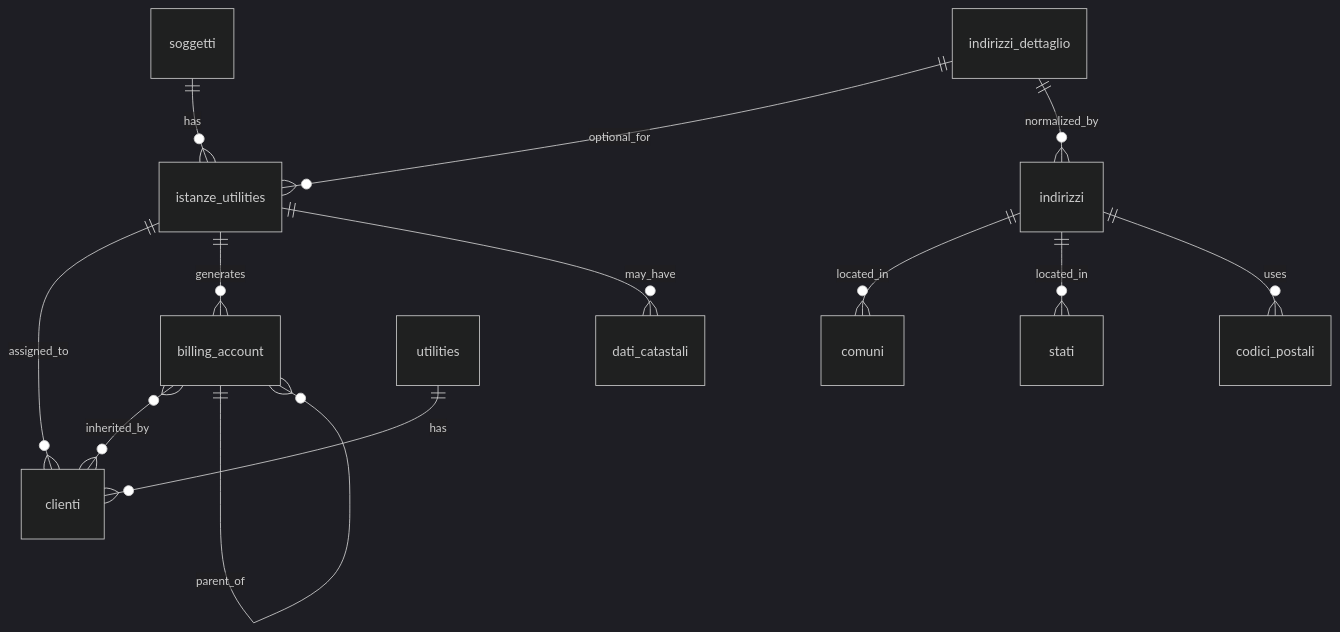
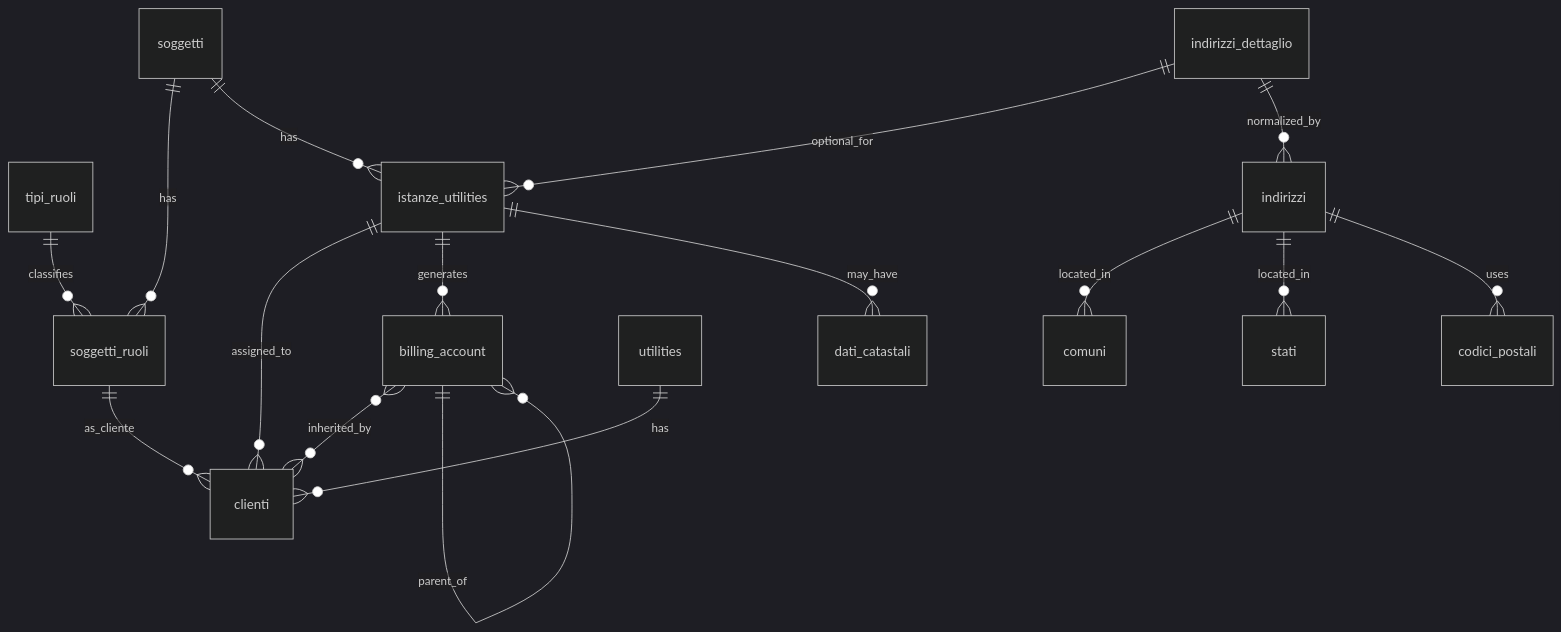
One commit to Tito-it/ZeroErp changed the first of 2 diagrams in docs/it/guide/generazione-cliente.md. Above: the diagram before and after it, drawn with Mermaid (dark theme). The commit also changed other lines of this file and 10 other files, not shown here.

`````diff
--- a/docs/it/guide/generazione-cliente.md
+++ b/docs/it/guide/generazione-cliente.md
@@ -128,26 +150,28 @@
-```mermaid
+````mermaid
 %%{init: {'er': {'layoutDirection': 'TB'}}}%%
 erDiagram
 
 %% Relazioni principali per la generazione di un cliente
-    
+
+    soggetti               ||--o{ soggetti_ruoli            : has
+    tipi_ruoli             ||--o{ soggetti_ruoli            : classifies
+
+    soggetti_ruoli         ||--o{ clienti                   : as_cliente
+
     soggetti               ||--o{ istanze_utilities         : has
-    
+
     istanze_utilities      ||--o{ clienti                   : assigned_to
     istanze_utilities      ||--o{ billing_account           : generates
     istanze_utilities      ||--o{ dati_catastali            : may_have
 
     utilities              ||--o{ clienti                   : has
 
     billing_account        }o--o{ clienti                   : inherited_by
     billing_account        ||--o{ billing_account           : parent_of
 
     indirizzi              ||--o{ comuni                    : located_in
     indirizzi              ||--o{ stati                     : located_in
     indirizzi              ||--o{ codici_postali            : uses
     indirizzi_dettaglio    ||--o{ istanze_utilities         : optional_for
     indirizzi_dettaglio    ||--o{ indirizzi                 : normalized_by
-
-    
-
-```
+````
`````
